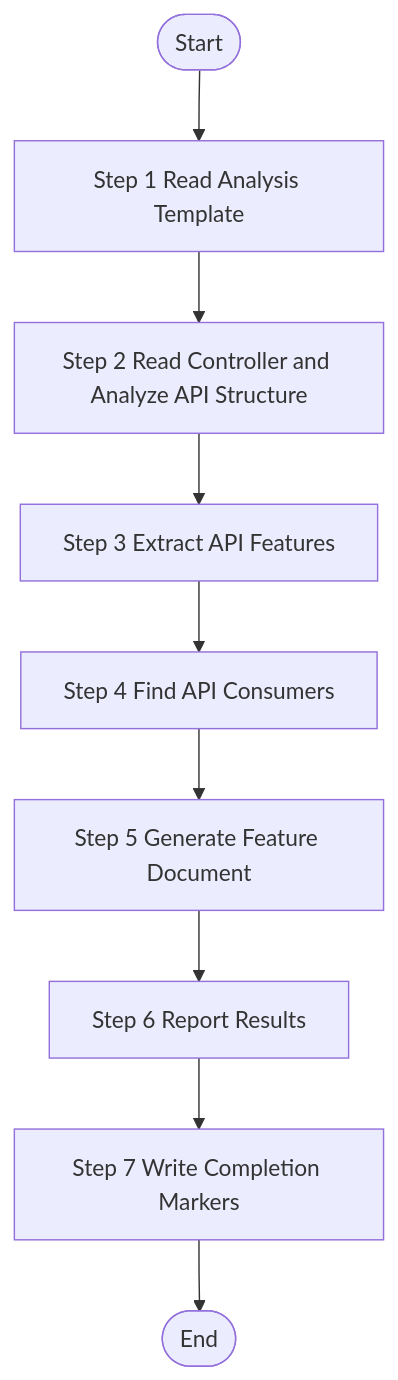
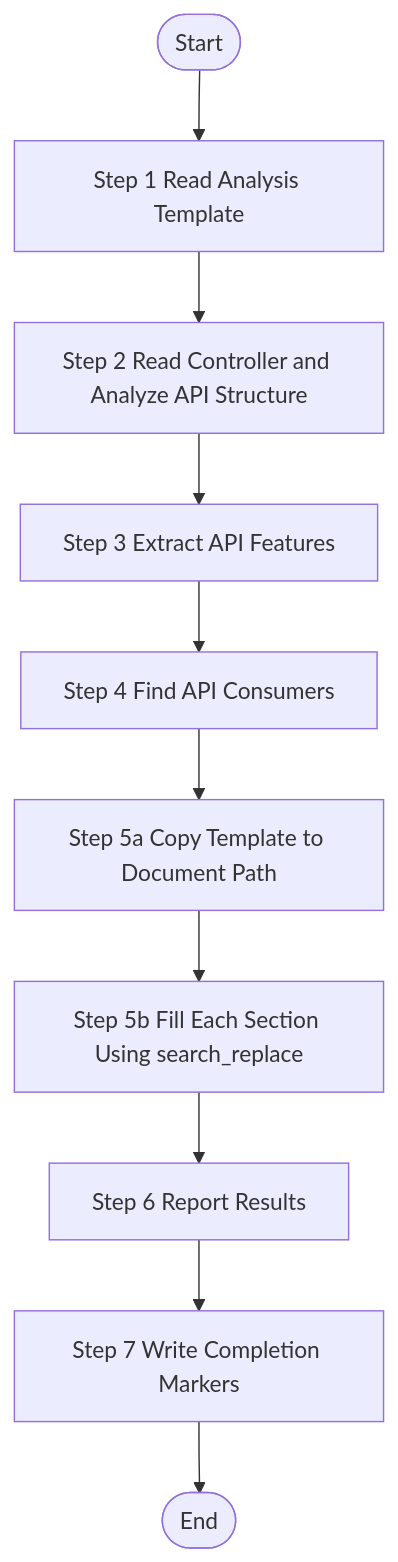
One commit to charlesmu99/speccrew changed the diagram in .speccrew/skills/speccrew-knowledge-bizs-api-analyze/SKILL.md. Above: the diagram before and after it, drawn with Mermaid. The commit also changed other lines of this file and 13 other files, not shown here.

````diff
--- a/.speccrew/skills/speccrew-knowledge-bizs-api-analyze/SKILL.md
+++ b/.speccrew/skills/speccrew-knowledge-bizs-api-analyze/SKILL.md
@@ -104,11 +100,12 @@
 ```mermaid
 graph TB
     Start([Start]) --> Step1[Step 1 Read Analysis Template]
     Step1 --> Step2[Step 2 Read Controller and Analyze API Structure]
     Step2 --> Step3[Step 3 Extract API Features]
     Step3 --> Step4[Step 4 Find API Consumers]
-    Step4 --> Step5[Step 5 Generate Feature Document]
-    Step5 --> Step6[Step 6 Report Results]
+    Step4 --> Step5a[Step 5a Copy Template to Document Path]
+    Step5a --> Step5b[Step 5b Fill Each Section Using search_replace]
+    Step5b --> Step6[Step 6 Report Results]
     Step6 --> Step7[Step 7 Write Completion Markers]
     Step7 --> End([End])
 ```
````
